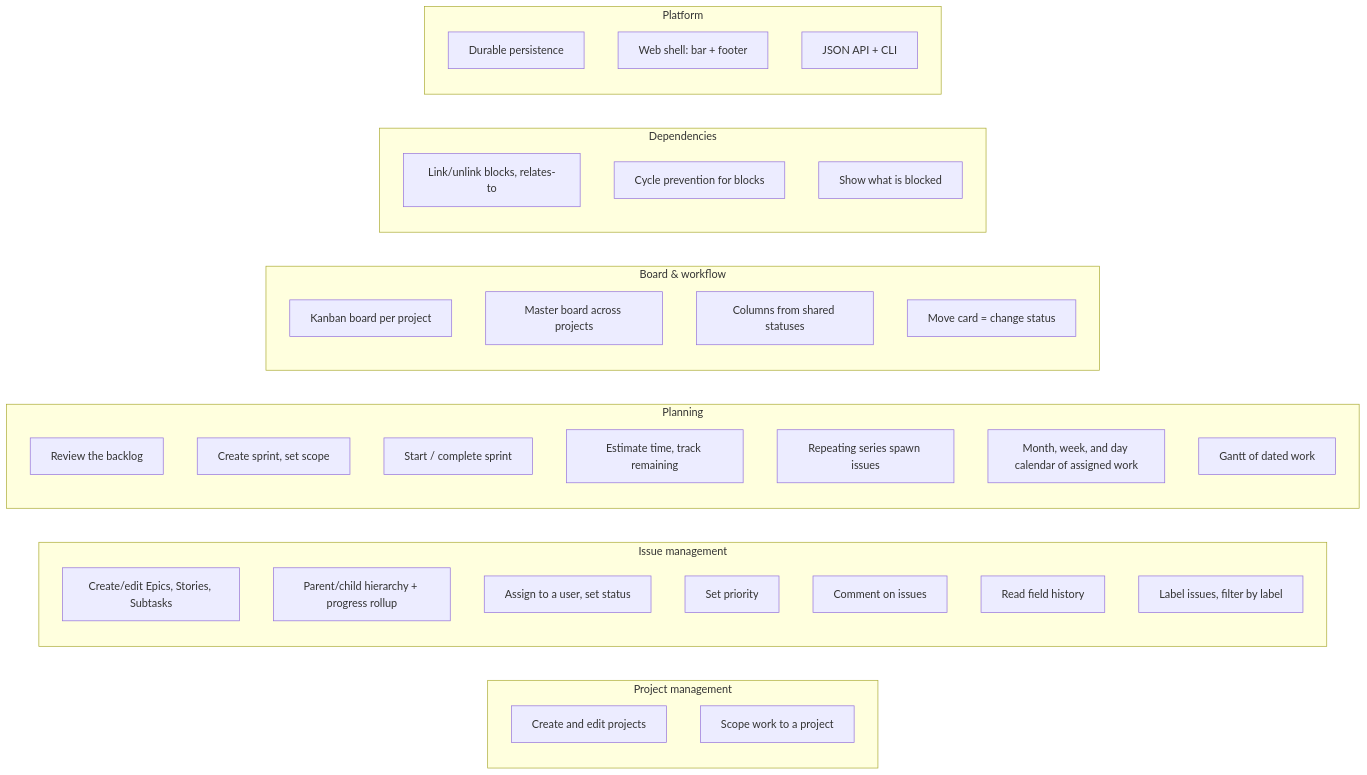
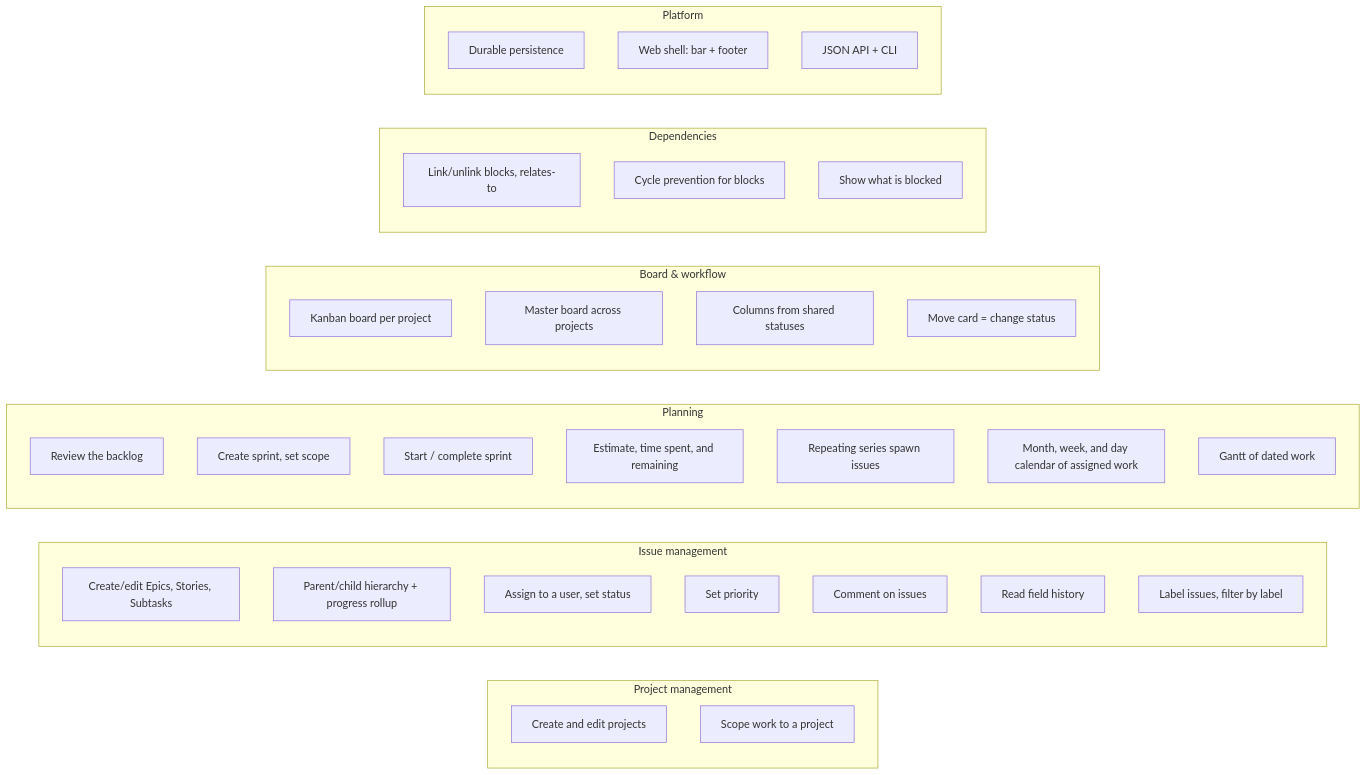
Before and after one commit to Mathotics/Keel: the diagram in docs/architecture/capabilities.md, drawn with Mermaid. The commit also changed other lines of this file and 32 other files, not shown here.

Commit message:
KEEL-115 Added time spent on an issue so recorded effort sits beside the estimate and remaining time.

````diff
--- a/docs/architecture/capabilities.md
+++ b/docs/architecture/capabilities.md
@@ -5,41 +5,41 @@
 ```mermaid
 flowchart LR
   subgraph Proj["Project management"]
     p1[Create and edit projects]
     p2[Scope work to a project]
   end
   subgraph Issue["Issue management"]
     a1[Create/edit Epics, Stories, Subtasks]
     a2[Parent/child hierarchy + progress rollup]
     a3[Assign to a user, set status]
     a3b[Set priority]
     a4[Comment on issues]
     a5[Read field history]
     a6[Label issues, filter by label]
   end
   subgraph Plan["Planning"]
     b1[Review the backlog]
     b2[Create sprint, set scope]
     b3[Start / complete sprint]
-    b4[Estimate time, track remaining]
+    b4[Estimate, time spent, and remaining]
     b5[Repeating series spawn issues]
     b6[Month, week, and day calendar of assigned work]
     b7[Gantt of dated work]
   end
   subgraph Board["Board & workflow"]
     c1[Kanban board per project]
     c1b[Master board across projects]
     c2[Columns from shared statuses]
     c3[Move card = change status]
   end
   subgraph Dep["Dependencies"]
     d1[Link/unlink blocks, relates-to]
     d2[Cycle prevention for blocks]
     d3[Show what is blocked]
   end
   subgraph Plat["Platform"]
     e1[Durable persistence]
     e2[Web shell: bar + footer]
     e3[JSON API + CLI]
   end
 ```
````
